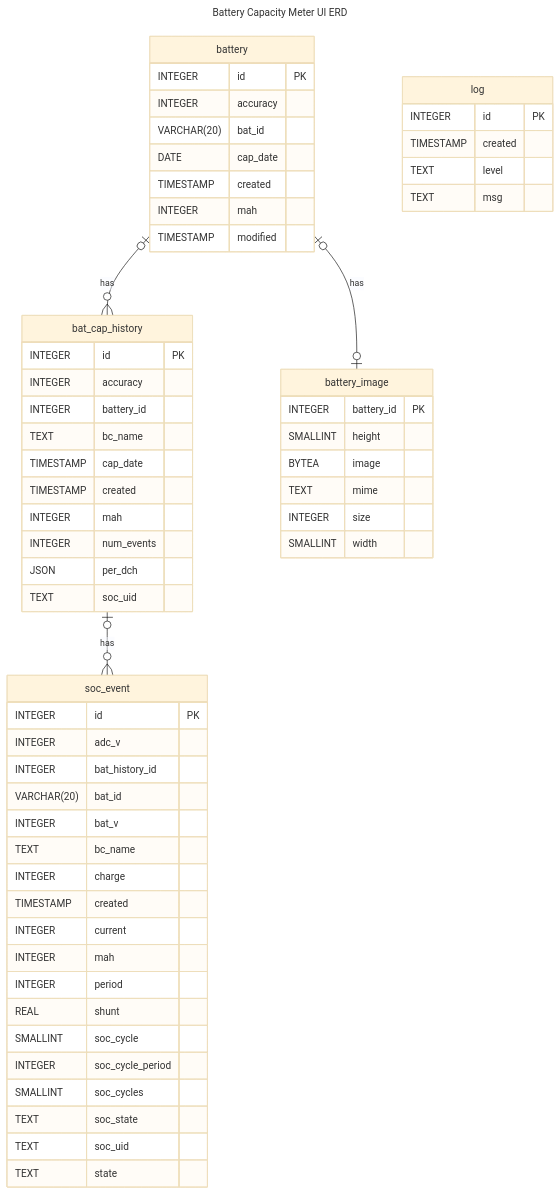
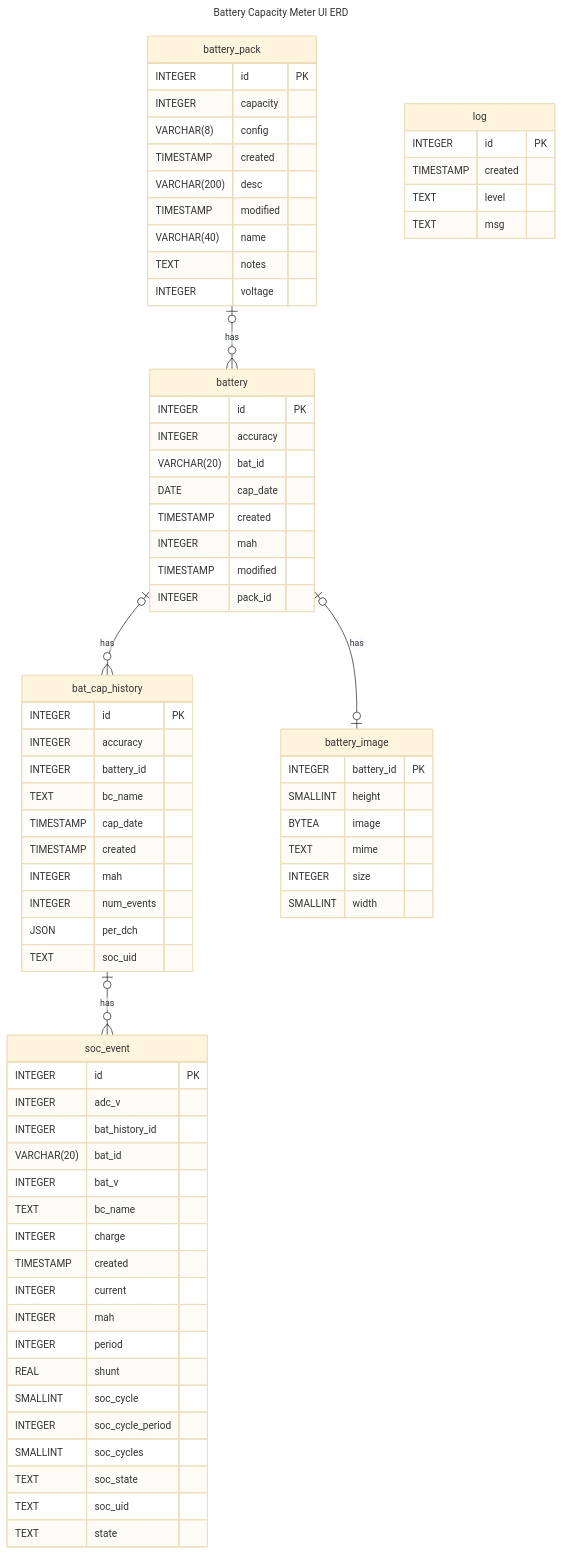
Before and after one commit to fitzterra/battery-capacity-meter-ui: the diagram in doc/ERD.md, drawn with Mermaid (base theme). The commit also changed 25 other files, not shown here.

Commit message:
Add Battery Pack Table

````diff
--- a/doc/ERD.md
+++ b/doc/ERD.md
@@ -3,66 +3,79 @@
 ```mermaid
 ---
 title: Battery Capacity Meter UI ERD
 ---
 erDiagram
 soc_event {
  INTEGER id PK
    INTEGER adc_v 
    INTEGER bat_history_id 
    VARCHAR(20) bat_id 
    INTEGER bat_v 
    TEXT bc_name 
    INTEGER charge 
    TIMESTAMP created 
    INTEGER current 
    INTEGER mah 
    INTEGER period 
    REAL shunt 
    SMALLINT soc_cycle 
    INTEGER soc_cycle_period 
    SMALLINT soc_cycles 
    TEXT soc_state 
    TEXT soc_uid 
    TEXT state 
 }
 bat_cap_history {
  INTEGER id PK
    INTEGER accuracy 
    INTEGER battery_id 
    TEXT bc_name 
    TIMESTAMP cap_date 
    TIMESTAMP created 
    INTEGER mah 
    INTEGER num_events 
    JSON per_dch 
    TEXT soc_uid 
 }
 battery {
  INTEGER id PK
    INTEGER accuracy 
    VARCHAR(20) bat_id 
    DATE cap_date 
    TIMESTAMP created 
    INTEGER mah 
    TIMESTAMP modified 
+   INTEGER pack_id 
+}
+battery_pack {
+ INTEGER id PK
+   INTEGER capacity 
+   VARCHAR(8) config 
+   TIMESTAMP created 
+   VARCHAR(200) desc 
+   TIMESTAMP modified 
+   VARCHAR(40) name 
+   TEXT notes 
+   INTEGER voltage 
 }
 log {
  INTEGER id PK
    TIMESTAMP created 
    TEXT level 
    TEXT msg 
 }
 battery_image {
  INTEGER battery_id PK
    SMALLINT height 
    BYTEA image 
    TEXT mime 
    INTEGER size 
    SMALLINT width 
 }
 bat_cap_history one or zero--0+ soc_event : has
 battery one or zero--0+ bat_cap_history : has
+battery_pack one or zero--0+ battery : has
 battery one or zero--zero or one battery_image : has
 
 
 ```
````
